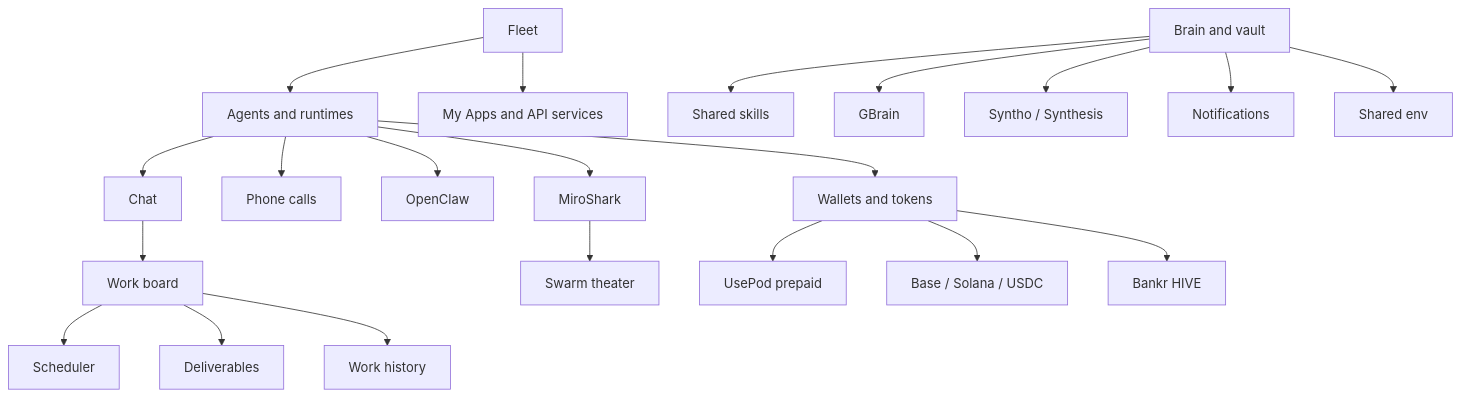
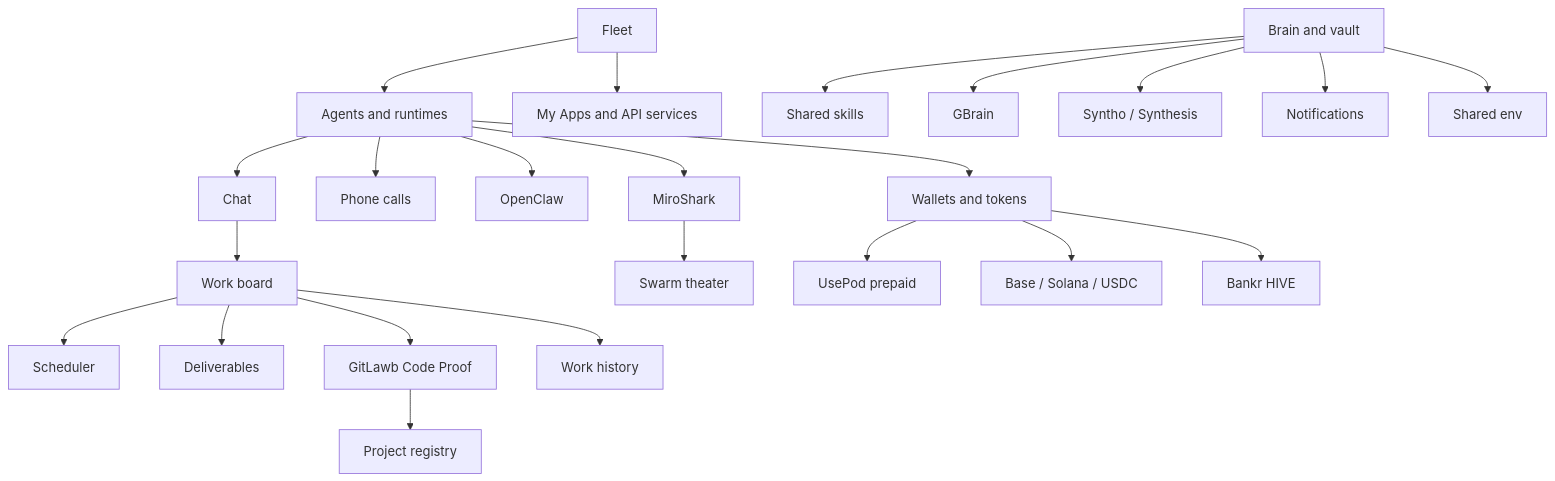
The diagram in docs/features/index.md (LiamVisionary/hivemindos), drawn with Mermaid before and after one commit. The commit also changed other lines of this file and 176 other files, not shown here.

Commit message:
Publish fusion, GitLawb, and UsePod updates

````diff
--- a/docs/features/index.md
+++ b/docs/features/index.md
@@ -111,23 +111,25 @@
 ```mermaid
 flowchart TD
   Fleet["Fleet"] --> Runtimes["Agents and runtimes"]
   Fleet --> Apps["My Apps and API services"]
   Runtimes --> Chat["Chat"]
   Runtimes --> Phone["Phone calls"]
   Chat --> Work["Work board"]
   Work --> Scheduler["Scheduler"]
   Work --> Deliverables["Deliverables"]
+  Work --> CodeProof["GitLawb Code Proof"]
   Work --> History["Work history"]
   Vault["Brain and vault"] --> Skills["Shared skills"]
   Vault --> GBrain["GBrain"]
   Vault --> Syntho["Syntho / Synthesis"]
   Vault --> Notifications["Notifications"]
   Vault --> Env["Shared env"]
   Runtimes --> OpenClaw["OpenClaw"]
   Runtimes --> MiroShark["MiroShark"]
   MiroShark --> Swarm["Swarm theater"]
   Runtimes --> Wallets["Wallets and tokens"]
   Wallets --> UsePod["UsePod prepaid"]
   Wallets --> TokenRails["Base / Solana / USDC"]
   Wallets --> Bankr["Bankr HIVE"]
+  CodeProof --> Projects["Project registry"]
 ```
````
